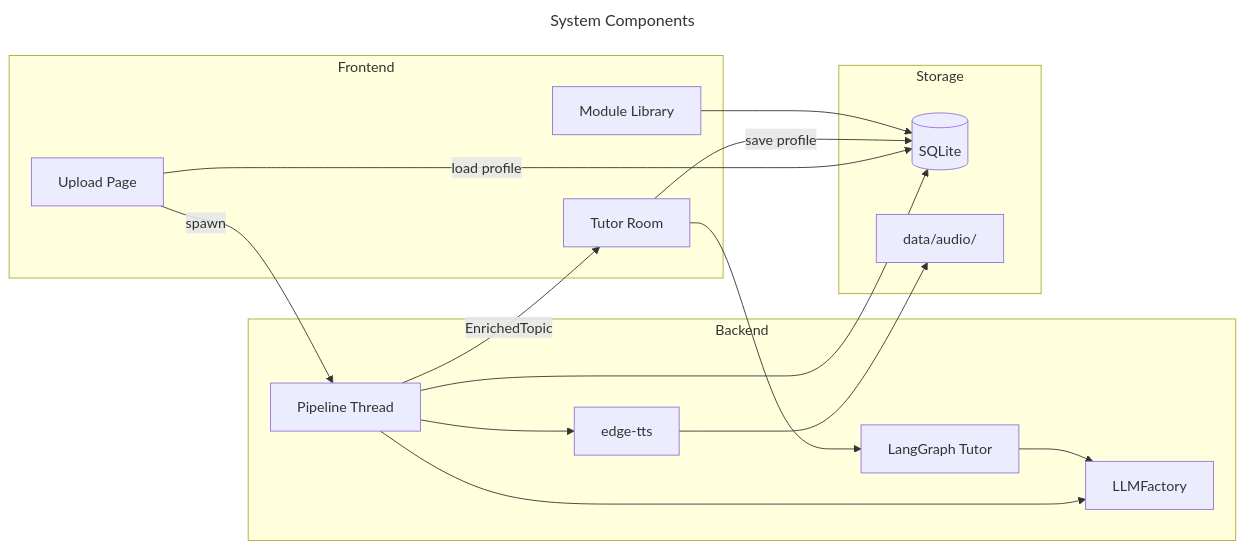
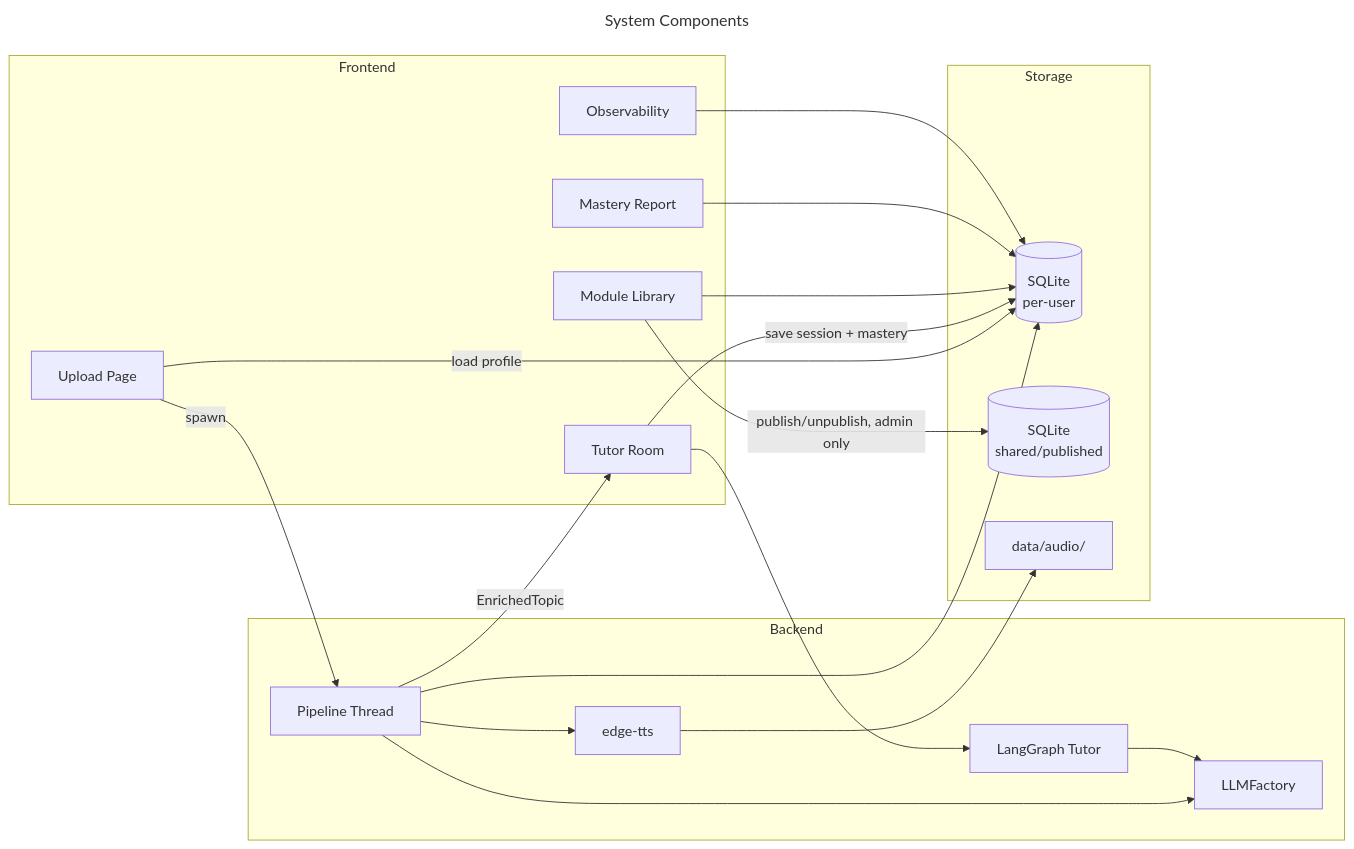
Before and after one commit to bijesh-p/deepl-ai-tutor: the second of 10 diagrams in ARCHITECTURE.md, drawn with Mermaid. The commit also changed other lines of this file, not shown here.

First line of the commit message:
Sync ARCHITECTURE.md with current SPEC.md and codebase

````diff
--- a/ARCHITECTURE.md
+++ b/ARCHITECTURE.md
@@ -210,35 +223,41 @@
 ```mermaid
 ---
 title: System Components
 ---
 flowchart LR
     subgraph Frontend
         UP[Upload Page]
         TUTOR[Tutor Room]
         LIB[Module Library]
+        MR[Mastery Report]
+        OBS[Observability]
     end
 
     subgraph Backend
         BG[Pipeline Thread]
         LG[LangGraph Tutor]
         LLM[LLMFactory]
         TTS[edge-tts]
     end
 
     subgraph Storage
-        DB[(SQLite)]
+        DB[(SQLite\nper-user)]
+        SHARED[(SQLite\nshared/published)]
         AUDIO[data/audio/]
     end
 
     UP -->|spawn| BG
     UP -->|load profile| DB
     BG -->|EnrichedTopic| TUTOR
     TUTOR --> LG
     BG --> LLM
     BG --> TTS
     LG --> LLM
     TTS --> AUDIO
     BG --> DB
-    TUTOR -->|save profile| DB
+    TUTOR -->|save session + mastery| DB
     LIB --> DB
+    LIB -->|publish/unpublish, admin only| SHARED
+    MR --> DB
+    OBS --> DB
 ```
````
